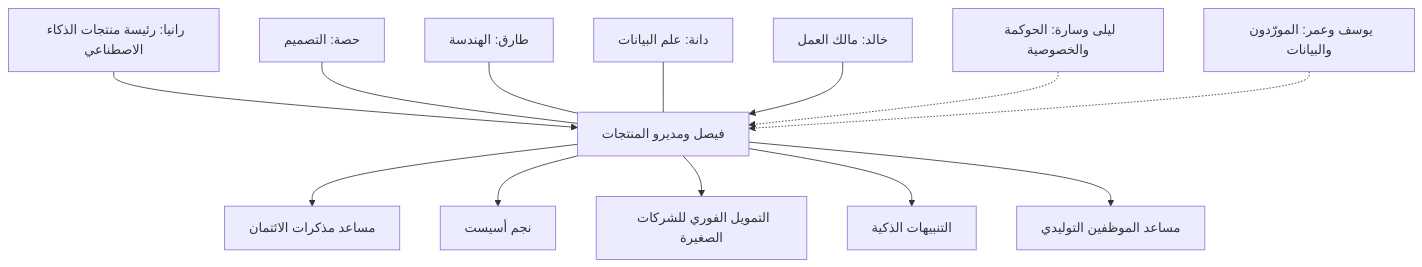
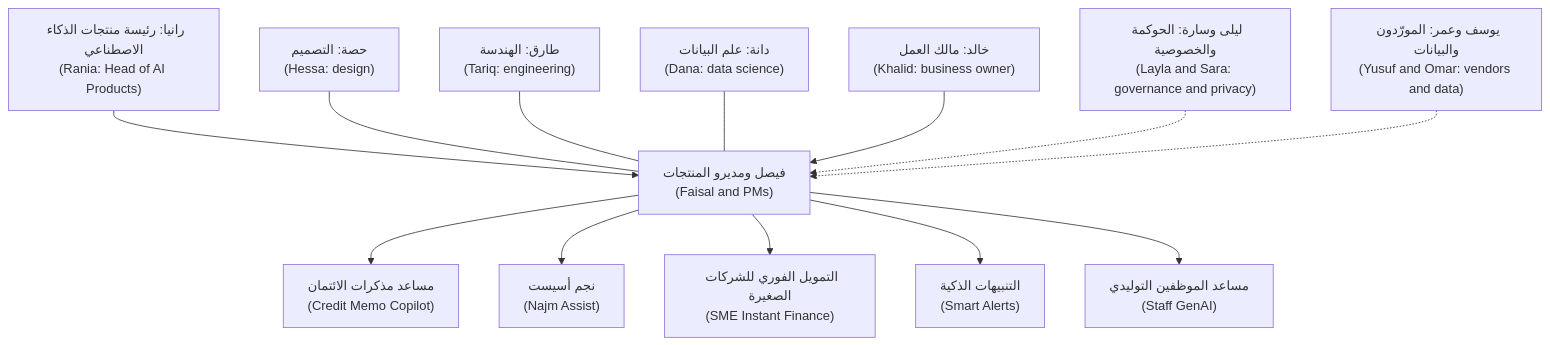
One commit to Tamoura/system-design-for-vibe-coders changed the third of 3 diagrams in aipm/modules/00-orientation.ar.md. Above: the diagram before and after it, drawn with Mermaid. The commit also changed other lines of this file and 9 other files, not shown here.

First line of the commit message:
AI PM course (AR): right-to-left diagrams with English labels

````diff
--- a/aipm/modules/00-orientation.ar.md
+++ b/aipm/modules/00-orientation.ar.md
@@ -531,15 +531,15 @@
 ```mermaid
 flowchart TD
-    R["رانيا: رئيسة منتجات الذكاء الاصطناعي"] --> F["فيصل ومديرو المنتجات"]
-    F --> CMC["مساعد مذكرات الائتمان"]
-    F --> NA["نجم أسيست"]
-    F --> SIF["التمويل الفوري للشركات الصغيرة"]
-    F --> SA["التنبيهات الذكية"]
-    F --> SG["مساعد الموظفين التوليدي"]
-    H["حصة: التصميم"] --- F
-    T["طارق: الهندسة"] --- F
-    D["دانة: علم البيانات"] --- F
-    K["خالد: مالك العمل"] --> F
-    L["ليلى وسارة: الحوكمة والخصوصية"] -.-> F
-    Y["يوسف وعمر: المورّدون والبيانات"] -.-> F
+    R["رانيا: رئيسة منتجات الذكاء الاصطناعي<br/>(Rania: Head of AI Products)"] --> F["فيصل ومديرو المنتجات<br/>(Faisal and PMs)"]
+    F --> CMC["مساعد مذكرات الائتمان<br/>(Credit Memo Copilot)"]
+    F --> NA["نجم أسيست<br/>(Najm Assist)"]
+    F --> SIF["التمويل الفوري للشركات الصغيرة<br/>(SME Instant Finance)"]
+    F --> SA["التنبيهات الذكية<br/>(Smart Alerts)"]
+    F --> SG["مساعد الموظفين التوليدي<br/>(Staff GenAI)"]
+    H["حصة: التصميم<br/>(Hessa: design)"] --- F
+    T["طارق: الهندسة<br/>(Tariq: engineering)"] --- F
+    D["دانة: علم البيانات<br/>(Dana: data science)"] --- F
+    K["خالد: مالك العمل<br/>(Khalid: business owner)"] --> F
+    L["ليلى وسارة: الحوكمة والخصوصية<br/>(Layla and Sara: governance and privacy)"] -.-> F
+    Y["يوسف وعمر: المورّدون والبيانات<br/>(Yusuf and Omar: vendors and data)"] -.-> F
 ```
````
